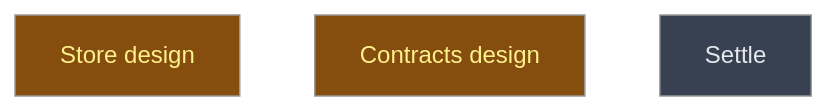
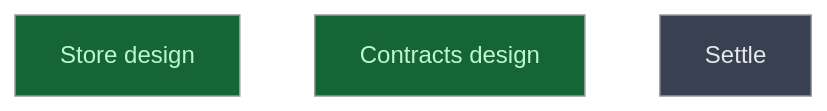
The diagram in __roadmap__/m1-core-foundation/README.md (CrackingShells/cracking-shells-playbook), drawn with Mermaid (neutral theme) before and after one commit. The commit also changed other lines of this file and 6 other files, not shown here.

First line of the commit message:
chore(roadmap): close the m1 design leaves and fold the review into the gates

````diff
--- a/__roadmap__/m1-core-foundation/README.md
+++ b/__roadmap__/m1-core-foundation/README.md
@@ -54,11 +54,11 @@
 ```mermaid
 graph TD
-    store_design[Store design]:::inprogress
-    contracts_design[Contracts design]:::inprogress
+    store_design[Store design]:::done
+    contracts_design[Contracts design]:::done
     settle[Settle]:::planned
     classDef done       fill:#166534,color:#bbf7d0
     classDef inprogress fill:#854d0e,color:#fef08a
     classDef planned    fill:#374151,color:#e5e7eb
     classDef amendment  fill:#1e3a5f,color:#bfdbfe
     classDef blocked    fill:#7f1d1d,color:#fecaca
 ```
````
